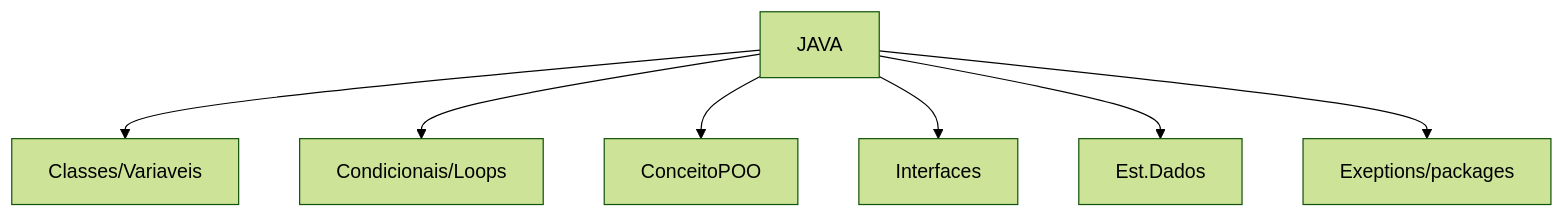
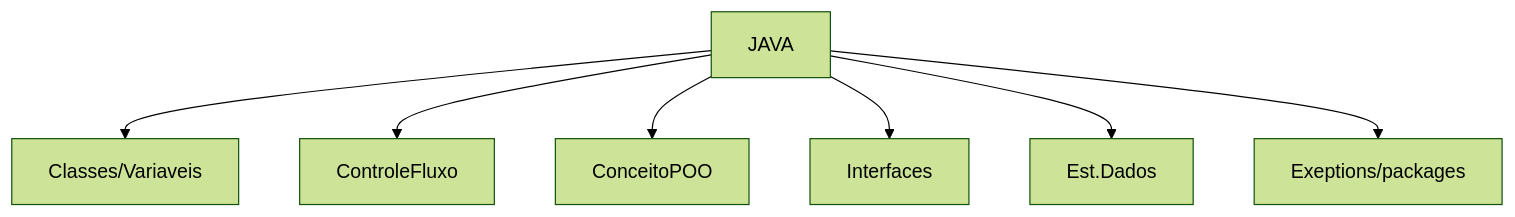
Before and after one commit to KawenyVieira/Desenvolvimento-pessoal-JAVA: the diagram in README.md, drawn with Mermaid (forest theme).

````diff
--- a/README.md
+++ b/README.md
@@ -5,9 +5,9 @@
     ```mermaid
      graph TD;
          JAVA-->Classes/Variaveis;
-         JAVA-->Condicionais/Loops;
+         JAVA-->ControleFluxo;
          JAVA-->ConceitoPOO;
          JAVA-->Interfaces;
          JAVA-->Est.Dados;
          JAVA-->Exeptions/packages;
    ```
````
